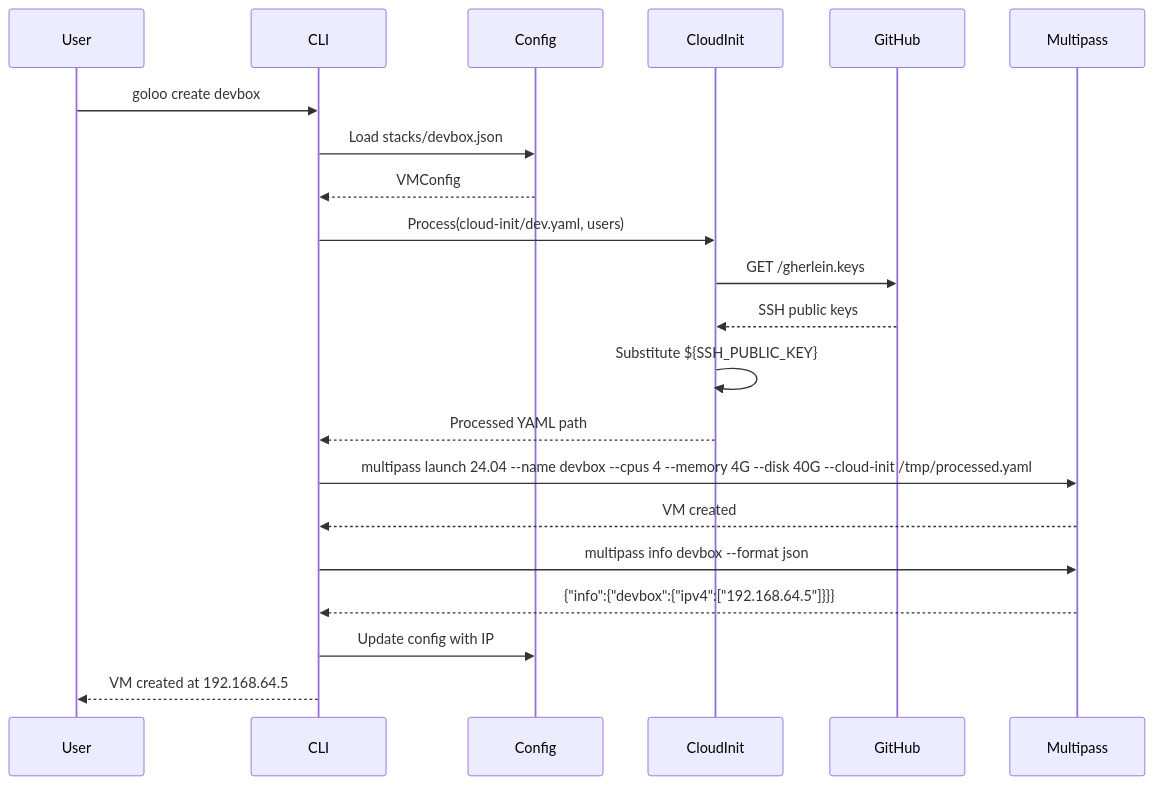
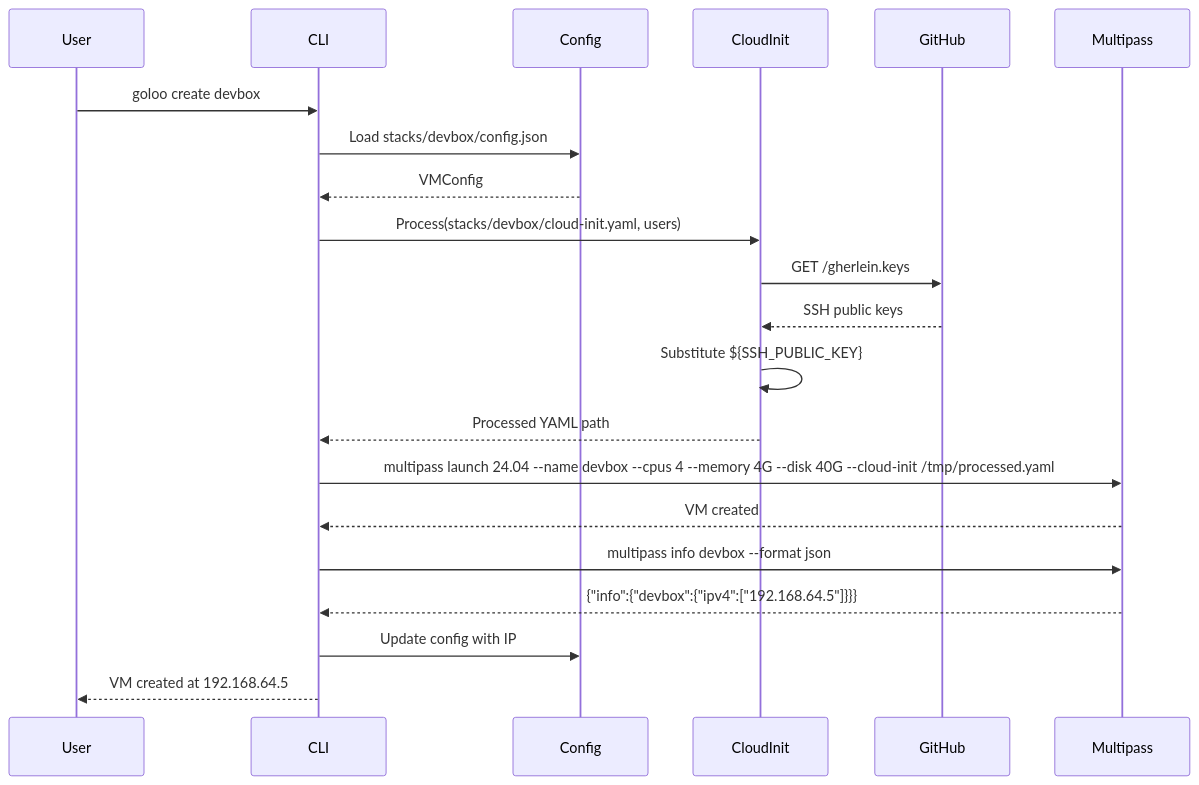
One commit to emergingrobotics/goloo changed the second of 11 diagrams in docs/DESIGN.md. Above: the diagram before and after it, drawn with Mermaid. The commit also changed other lines of this file and 24 other files, not shown here.

````diff
--- a/docs/DESIGN.md
+++ b/docs/DESIGN.md
@@ -147,28 +147,28 @@
 ```mermaid
 sequenceDiagram
     participant User
     participant CLI
     participant Config
     participant CloudInit
     participant GitHub
     participant Multipass
 
     User->>CLI: goloo create devbox
-    CLI->>Config: Load stacks/devbox.json
+    CLI->>Config: Load stacks/devbox/config.json
     Config-->>CLI: VMConfig
 
-    CLI->>CloudInit: Process(cloud-init/dev.yaml, users)
+    CLI->>CloudInit: Process(stacks/devbox/cloud-init.yaml, users)
     CloudInit->>GitHub: GET /gherlein.keys
     GitHub-->>CloudInit: SSH public keys
     CloudInit->>CloudInit: Substitute ${SSH_PUBLIC_KEY}
     CloudInit-->>CLI: Processed YAML path
 
     CLI->>Multipass: multipass launch 24.04 --name devbox --cpus 4 --memory 4G --disk 40G --cloud-init /tmp/processed.yaml
     Multipass-->>CLI: VM created
 
     CLI->>Multipass: multipass info devbox --format json
     Multipass-->>CLI: {"info":{"devbox":{"ipv4":["192.168.64.5"]}}}
 
     CLI->>Config: Update config with IP
     CLI-->>User: VM created at 192.168.64.5
 ```
````
